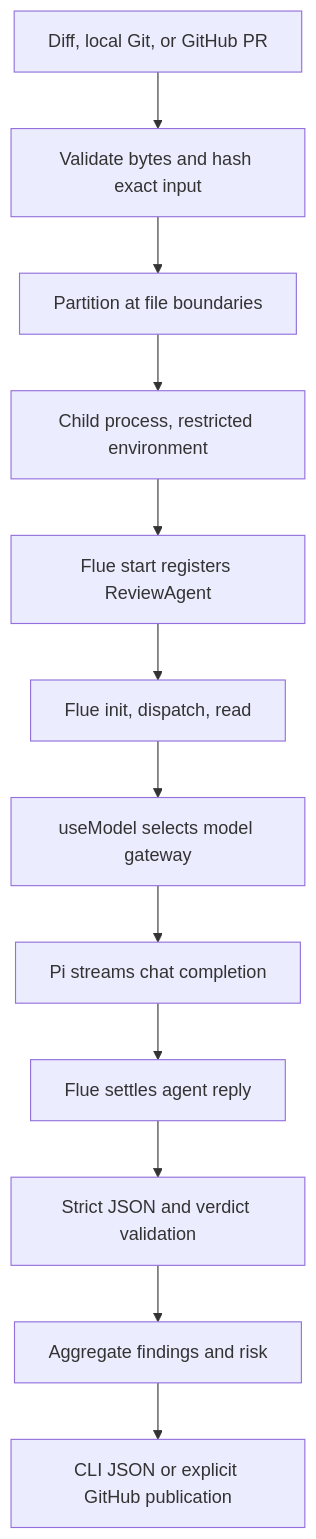
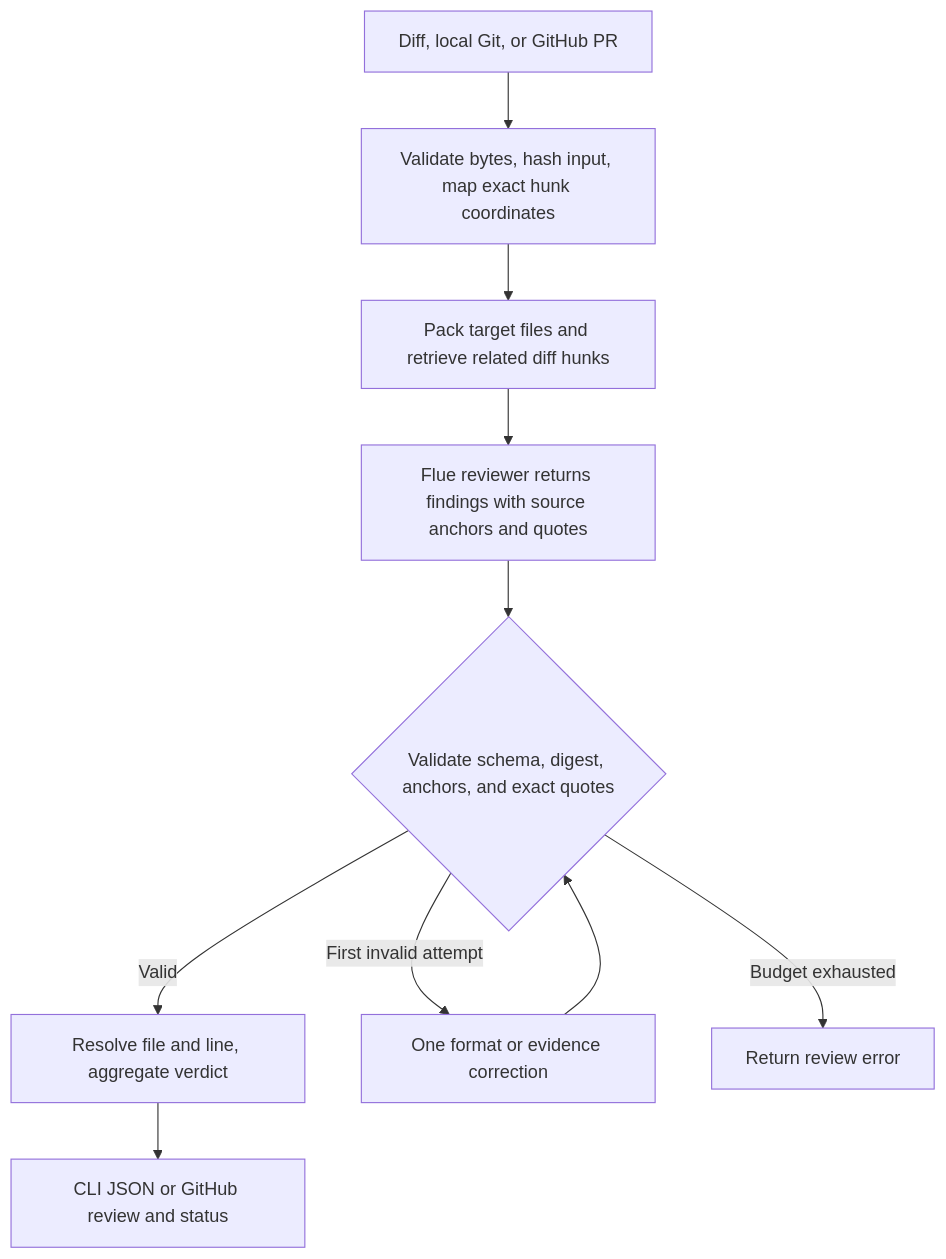
The diagram in README.md (wuchris-ch/pr-review-agent-flue), drawn with Mermaid before and after one commit. The commit also changed other lines of this file and 3 other files, not shown here.

Commit message:
Document evidence review and reproducible paired comparisons

````diff
--- a/README.md
+++ b/README.md
@@ -63,14 +63,12 @@
 ```mermaid
 flowchart TD
-  I[Diff, local Git, or GitHub PR] --> V[Validate bytes and hash exact input]
-  V --> P[Partition at file boundaries]
-  P --> C[Child process, restricted environment]
-  C --> F[Flue start registers ReviewAgent]
-  F --> D[Flue init, dispatch, read]
-  D --> M[useModel selects model gateway]
-  M --> S[Pi streams chat completion]
-  S --> R[Flue settles agent reply]
-  R --> J[Strict JSON and verdict validation]
-  J --> A[Aggregate findings and risk]
-  A --> O[CLI JSON or explicit GitHub publication]
+  I[Diff, local Git, or GitHub PR] --> V[Validate bytes, hash input, map exact hunk coordinates]
+  V --> P[Pack target files and retrieve related diff hunks]
+  P --> F[Flue reviewer returns findings with source anchors and quotes]
+  F --> J{Validate schema, digest, anchors, and exact quotes}
+  J -->|Valid| A[Resolve file and line, aggregate verdict]
+  J -->|First invalid attempt| C[One format or evidence correction]
+  C --> J
+  J -->|Budget exhausted| E[Return review error]
+  A --> O[CLI JSON or GitHub review and status]
 ```
````
